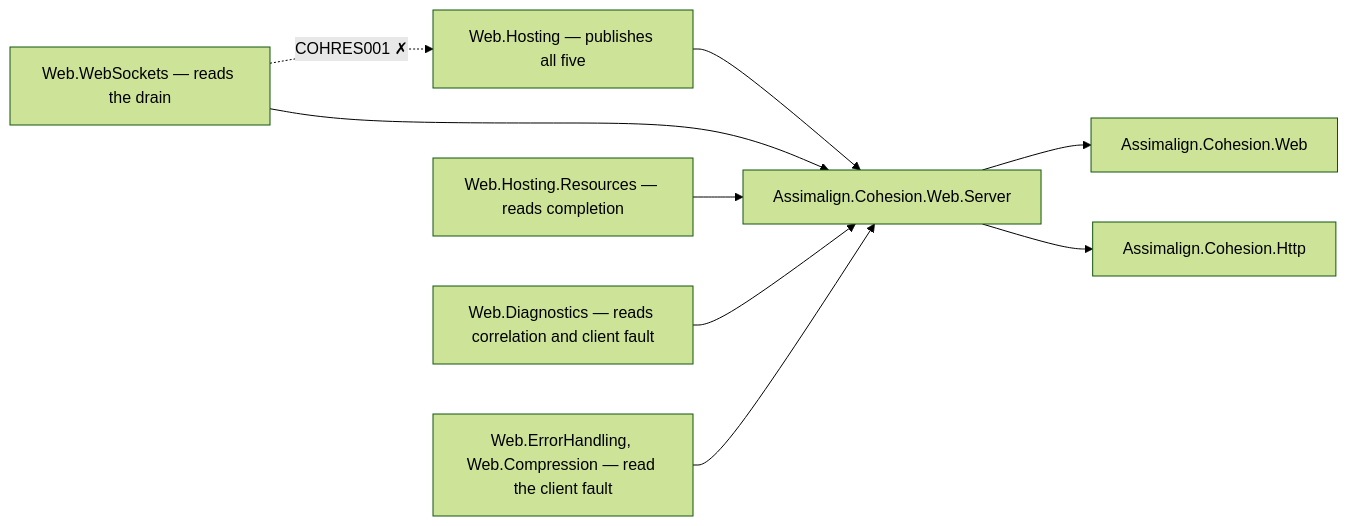
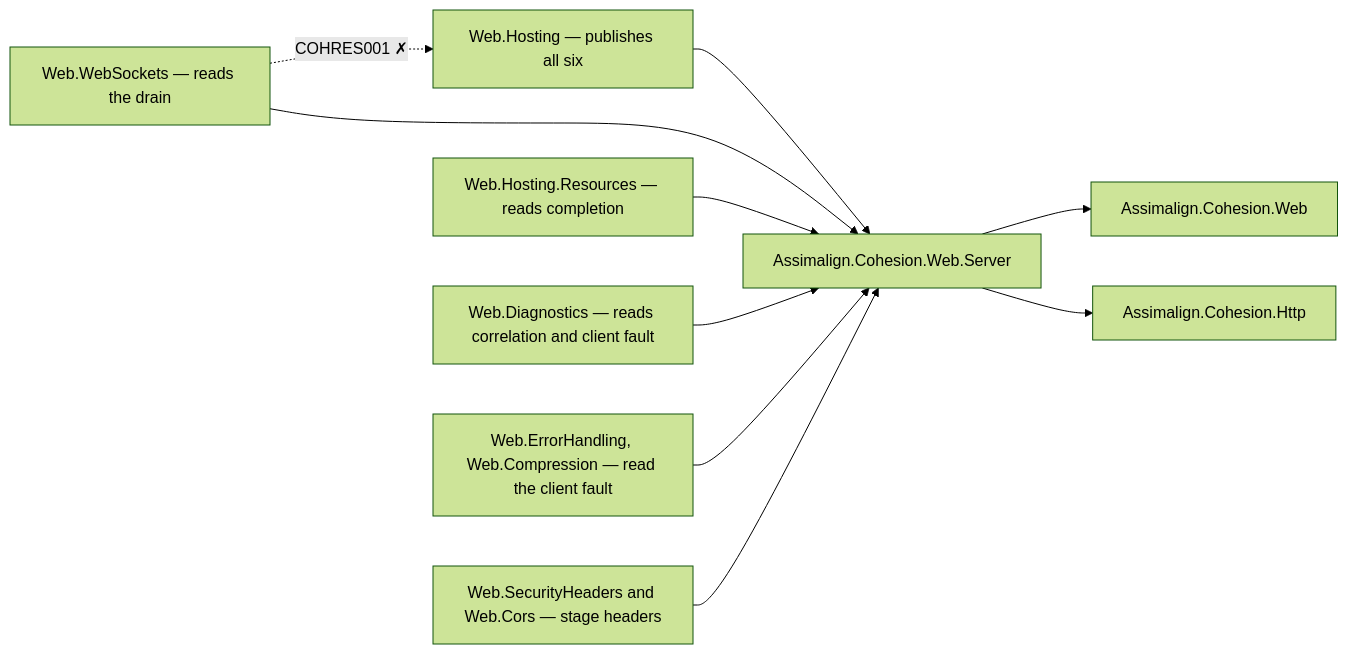
The diagram in resources/Web/Assimalign.Cohesion.Web.Server/docs/DESIGN.md (assimalign/cohesion), drawn with Mermaid (forest theme) before and after one commit. The commit also changed other lines of this file and 32 other files, not shown here.

````diff
--- a/resources/Web/Assimalign.Cohesion.Web.Server/docs/DESIGN.md
+++ b/resources/Web/Assimalign.Cohesion.Web.Server/docs/DESIGN.md
@@ -27,11 +27,12 @@
 ```mermaid
 flowchart LR
     Server["Assimalign.Cohesion.Web.Server"] --> Root["Assimalign.Cohesion.Web"]
     Server --> Http["Assimalign.Cohesion.Http"]
-    Hosting["Web.Hosting — publishes all five"] --> Server
+    Hosting["Web.Hosting — publishes all six"] --> Server
     WebSockets["Web.WebSockets — reads the drain"] --> Server
     Resources["Web.Hosting.Resources — reads completion"] --> Server
     Logging["Web.Diagnostics — reads correlation and client fault"] --> Server
     Faults["Web.ErrorHandling, Web.Compression — read the client fault"] --> Server
+    Headers["Web.SecurityHeaders and Web.Cors — stage headers"] --> Server
     WebSockets -.->|"COHRES001 ✗"| Hosting
 ```
````
